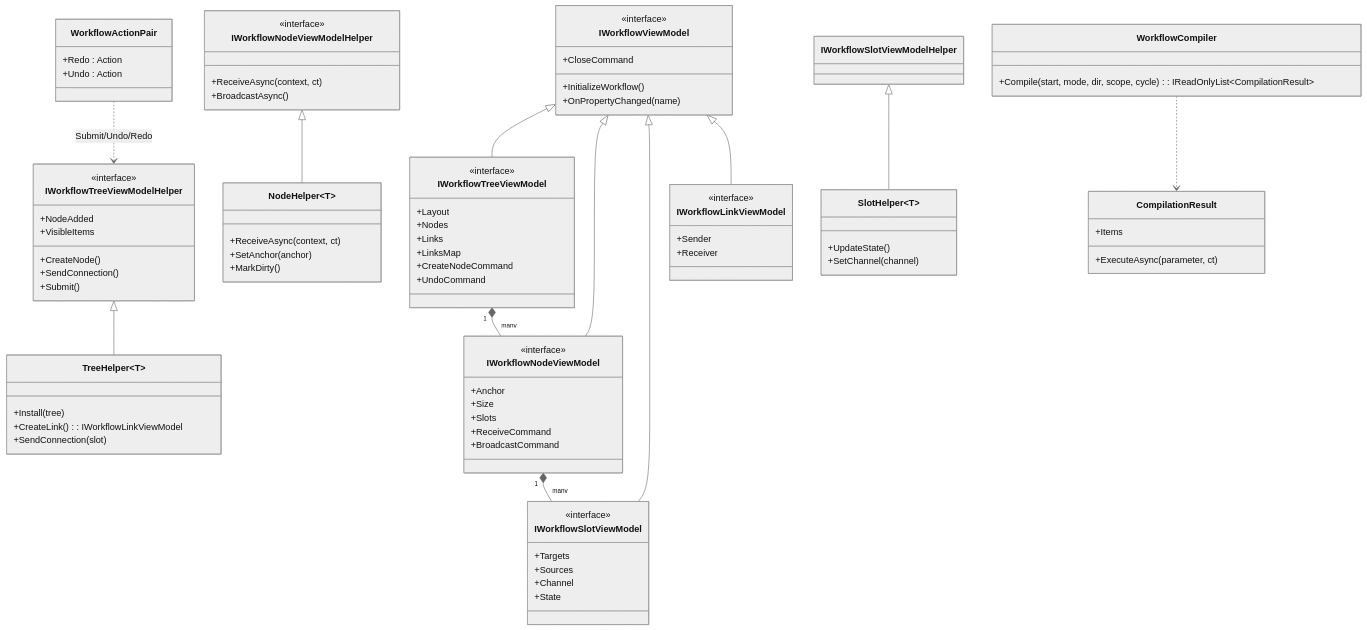
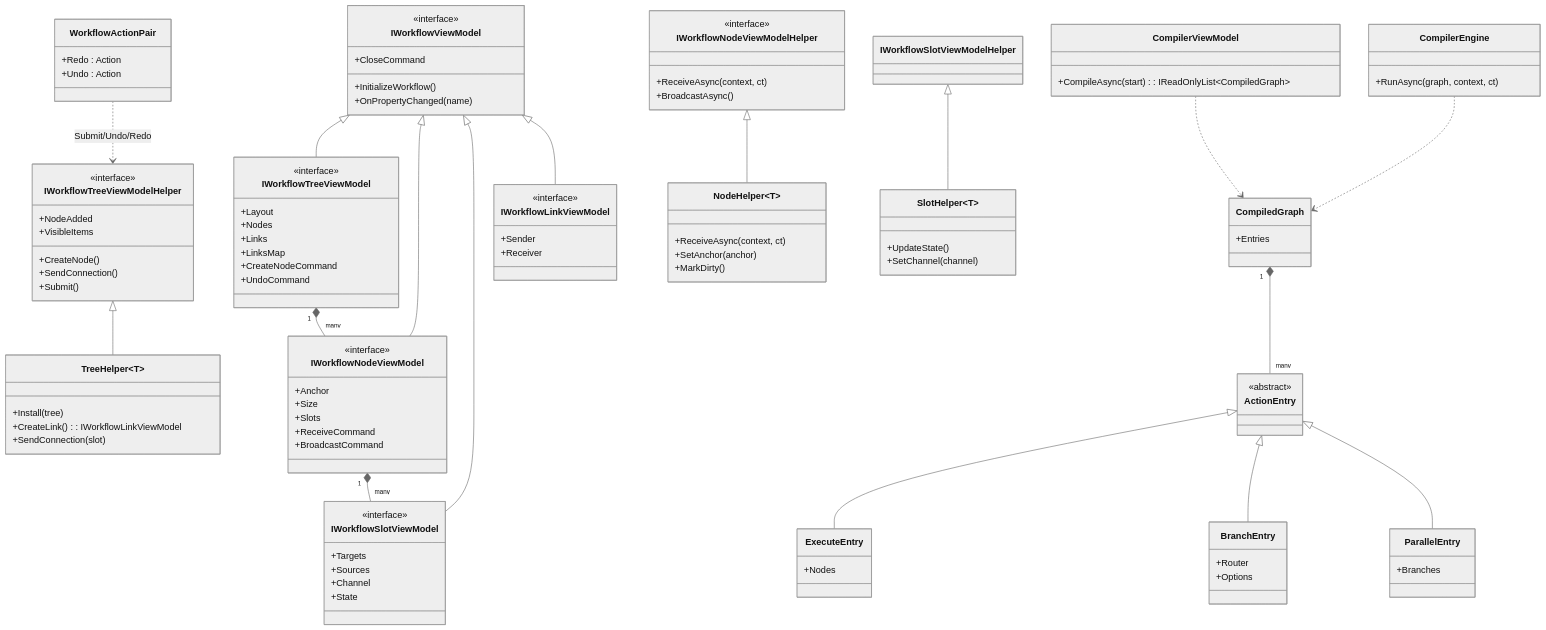
Before and after one commit to Axvser/VeloxDev.Docs: the diagram in src/CloudGlyph/Assets/Docs/content/en/3_SE_Analysis/2_design_patterns/0_WorkflowSystem/index.md, drawn with Mermaid (neutral theme). The commit also changed other lines of this file and 13 other files, not shown here.

````diff
--- a/src/CloudGlyph/Assets/Docs/content/en/3_SE_Analysis/2_design_patterns/0_WorkflowSystem/index.md
+++ b/src/CloudGlyph/Assets/Docs/content/en/3_SE_Analysis/2_design_patterns/0_WorkflowSystem/index.md
@@ -70,12 +70,27 @@
         +Redo : Action
         +Undo : Action
     }
-    class WorkflowCompiler {
-        +Compile(start, mode, dir, scope, cycle) : IReadOnlyList~CompilationResult~
+    class CompilerViewModel {
+        +CompileAsync(start) : IReadOnlyList~CompiledGraph~
     }
-    class CompilationResult {
-        +Items
-        +ExecuteAsync(parameter, ct)
+    class CompiledGraph {
+        +Entries
+    }
+    class CompilerEngine {
+        +RunAsync(graph, context, ct)
+    }
+    class ActionEntry {
+        <<abstract>>
+    }
+    class ExecuteEntry {
+        +Nodes
+    }
+    class BranchEntry {
+        +Router
+        +Options
+    }
+    class ParallelEntry {
+        +Branches
     }
 
     IWorkflowViewModel <|-- IWorkflowTreeViewModel
@@ -87,6 +102,11 @@
     IWorkflowSlotViewModelHelper <|-- SlotHelper~T~
     IWorkflowTreeViewModel "1" *-- "many" IWorkflowNodeViewModel
     IWorkflowNodeViewModel "1" *-- "many" IWorkflowSlotViewModel
-    WorkflowCompiler ..> CompilationResult
+    CompilerViewModel ..> CompiledGraph
+    CompiledGraph "1" *-- "many" ActionEntry
+    ActionEntry <|-- ExecuteEntry
+    ActionEntry <|-- BranchEntry
+    ActionEntry <|-- ParallelEntry
+    CompilerEngine ..> CompiledGraph
     WorkflowActionPair ..> IWorkflowTreeViewModelHelper : Submit/Undo/Redo
 ```
````
